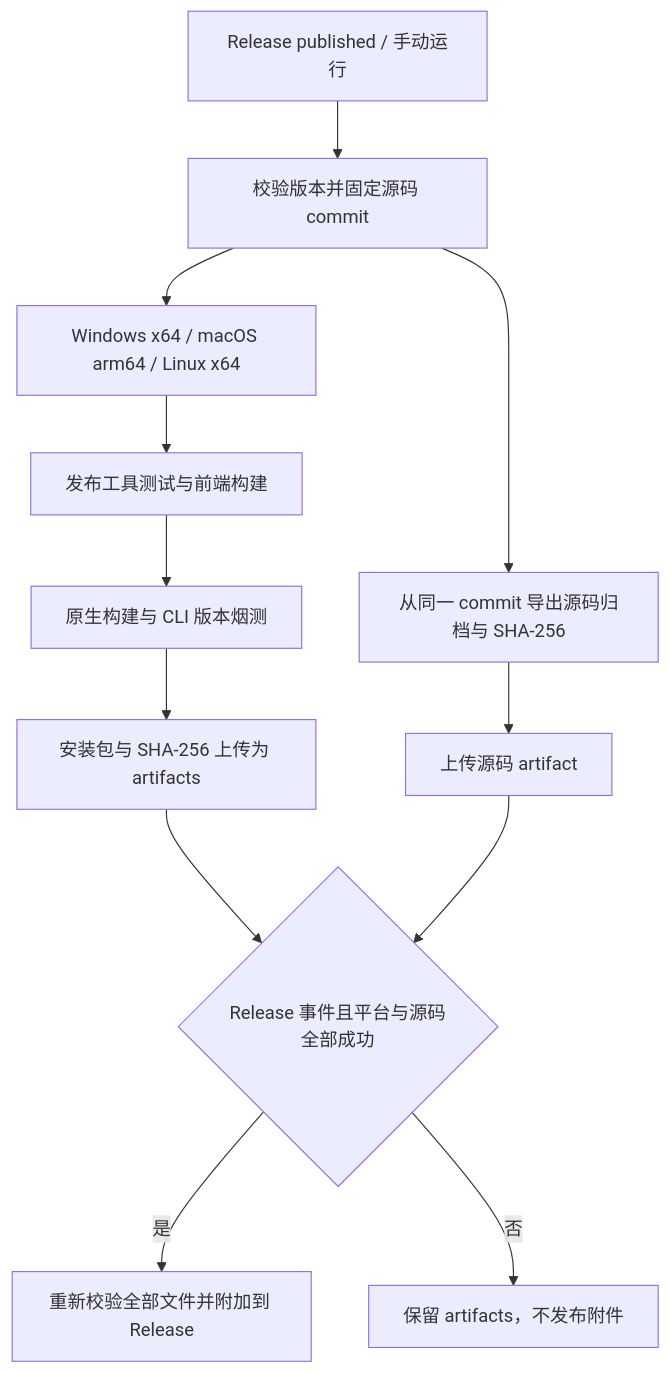
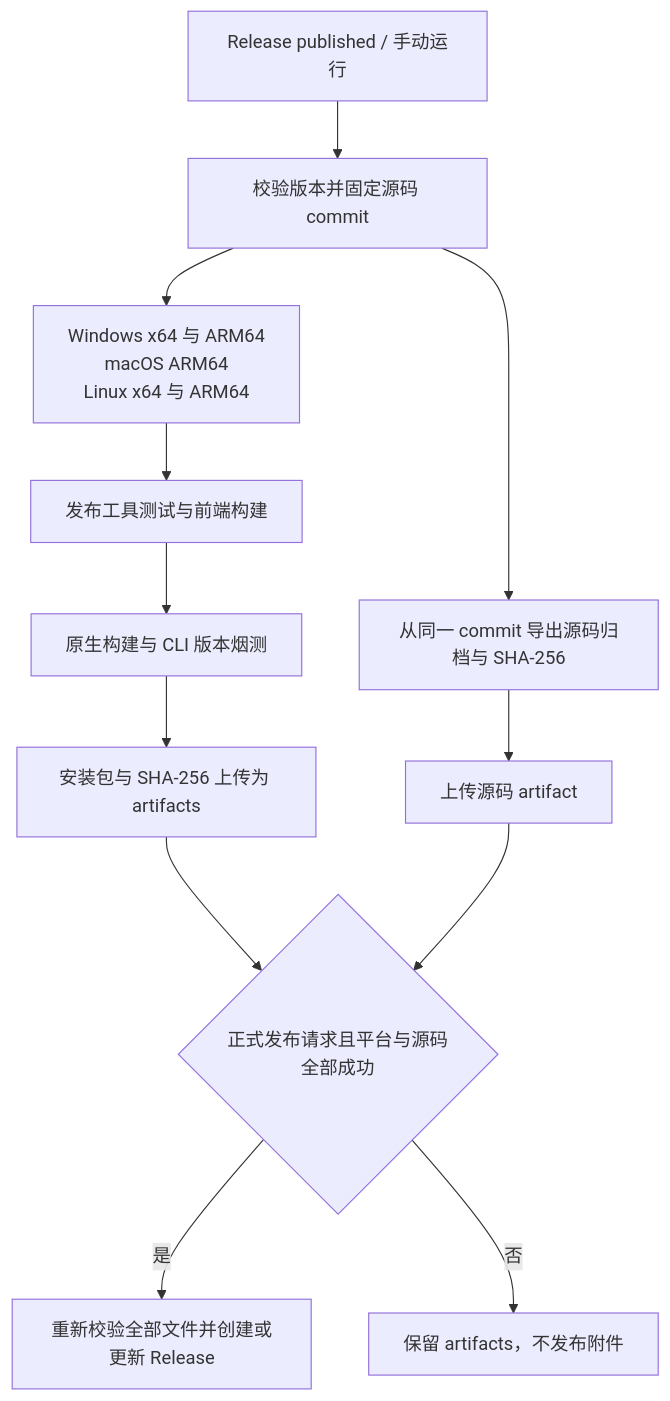
The diagram in wiki/Build-and-Release.md (HG-ha/Argusai), drawn with Mermaid before and after one commit. The commit also changed other lines of this file and 13 other files, not shown here.

Commit message:
build: add native ARM64 release targets

````diff
--- a/wiki/Build-and-Release.md
+++ b/wiki/Build-and-Release.md
@@ -149,14 +167,14 @@
 ```mermaid
 flowchart TD
     A[Release published / 手动运行] --> B[校验版本并固定源码 commit]
-    B --> C[Windows x64 / macOS arm64 / Linux x64]
+    B --> C[Windows x64 与 ARM64<br/>macOS ARM64<br/>Linux x64 与 ARM64]
     C --> D[发布工具测试与前端构建]
     D --> E[原生构建与 CLI 版本烟测]
     E --> F[安装包与 SHA-256 上传为 artifacts]
     B --> J[从同一 commit 导出源码归档与 SHA-256]
     J --> K[上传源码 artifact]
-    F --> G{Release 事件且平台与源码全部成功}
+    F --> G{正式发布请求且平台与源码全部成功}
     K --> G
-    G -->|是| H[重新校验全部文件并附加到 Release]
+    G -->|是| H[重新校验全部文件并创建或更新 Release]
     G -->|否| I[保留 artifacts，不发布附件]
 ```
````
